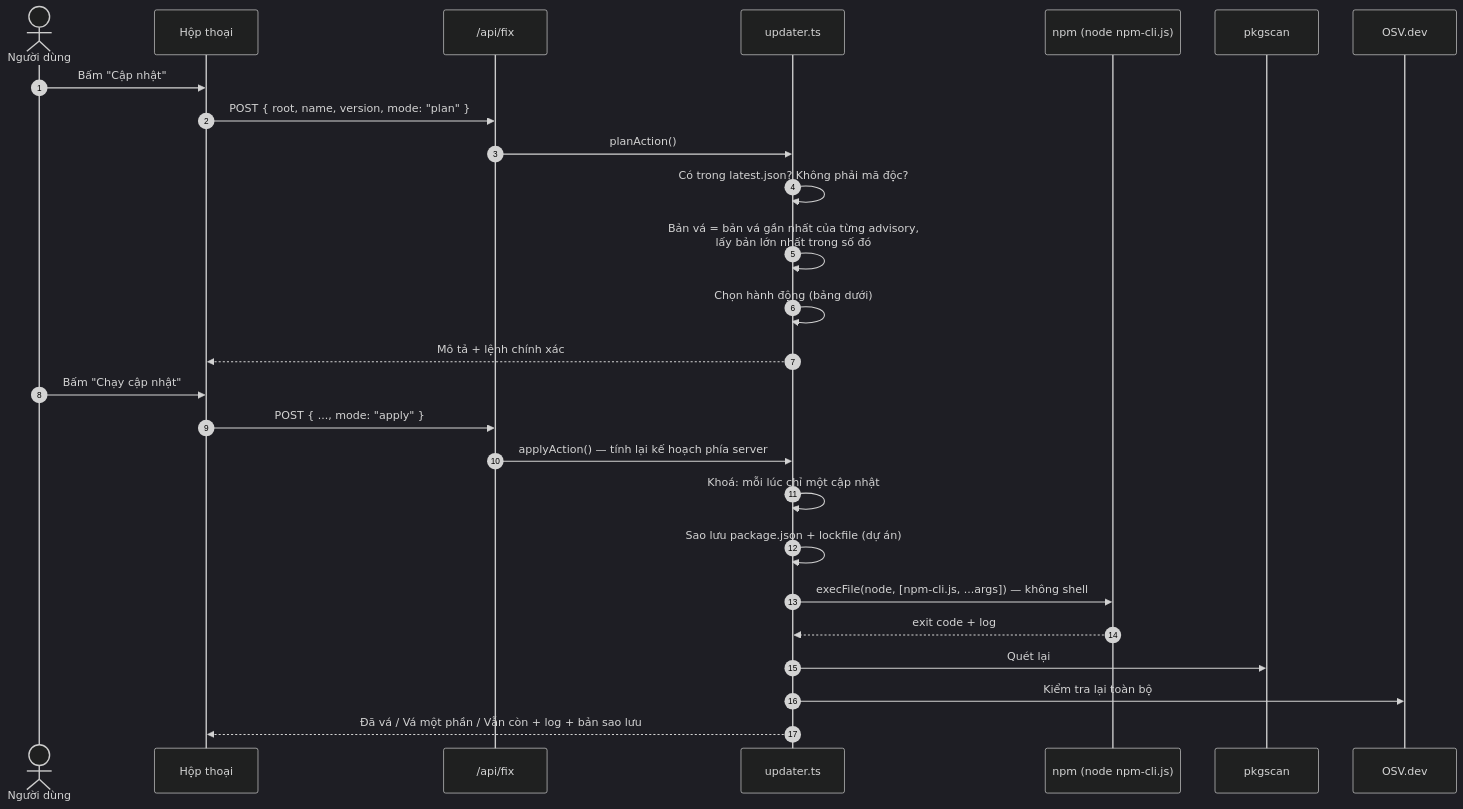
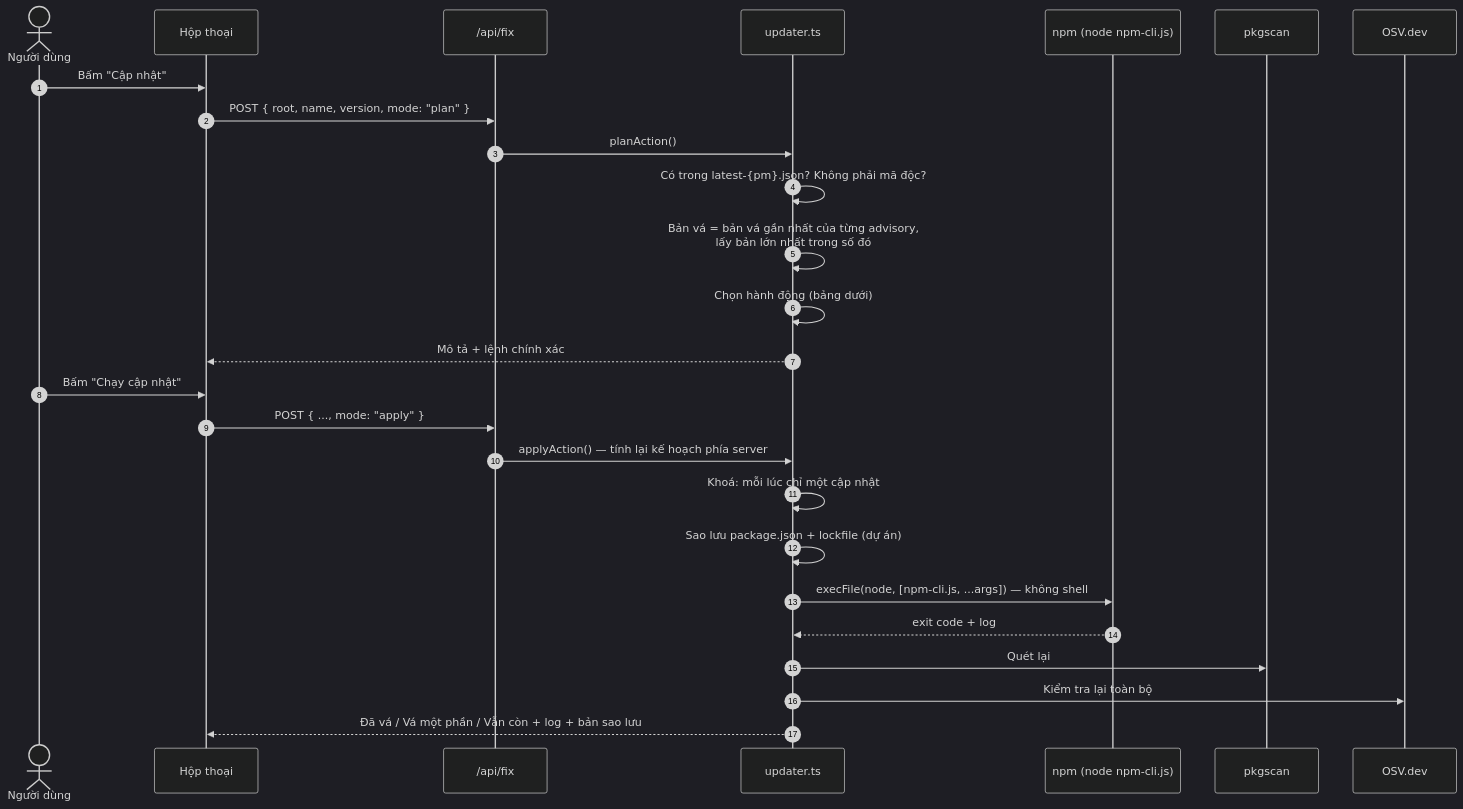
The eighth of 12 diagrams in docs/vi/workflows.md (phanhuyyy/libpack-guard), drawn with Mermaid (dark theme) before and after one commit. The commit also changed other lines of this file and 50 other files, not shown here.

````diff
--- a/docs/vi/workflows.md
+++ b/docs/vi/workflows.md
@@ -215,29 +215,29 @@
 ```mermaid
 sequenceDiagram
     autonumber
     actor U as Người dùng
     participant B as Hộp thoại
     participant F as /api/fix
     participant P as updater.ts
     participant N as npm (node npm-cli.js)
     participant A as pkgscan
     participant O as OSV.dev
 
     U->>B: Bấm "Cập nhật"
     B->>F: POST { root, name, version, mode: "plan" }
     F->>P: planAction()
-    P->>P: Có trong latest.json? Không phải mã độc?
+    P->>P: Có trong latest-{pm}.json? Không phải mã độc?
     P->>P: Bản vá = bản vá gần nhất của từng advisory,<br/>lấy bản lớn nhất trong số đó
     P->>P: Chọn hành động (bảng dưới)
     P-->>B: Mô tả + lệnh chính xác
     U->>B: Bấm "Chạy cập nhật"
     B->>F: POST { ..., mode: "apply" }
     F->>P: applyAction() — tính lại kế hoạch phía server
     P->>P: Khoá: mỗi lúc chỉ một cập nhật
     P->>P: Sao lưu package.json + lockfile (dự án)
     P->>N: execFile(node, [npm-cli.js, ...args]) — không shell
     N-->>P: exit code + log
     P->>A: Quét lại
     P->>O: Kiểm tra lại toàn bộ
     P-->>B: Đã vá / Vá một phần / Vẫn còn + log + bản sao lưu
 ```
````
